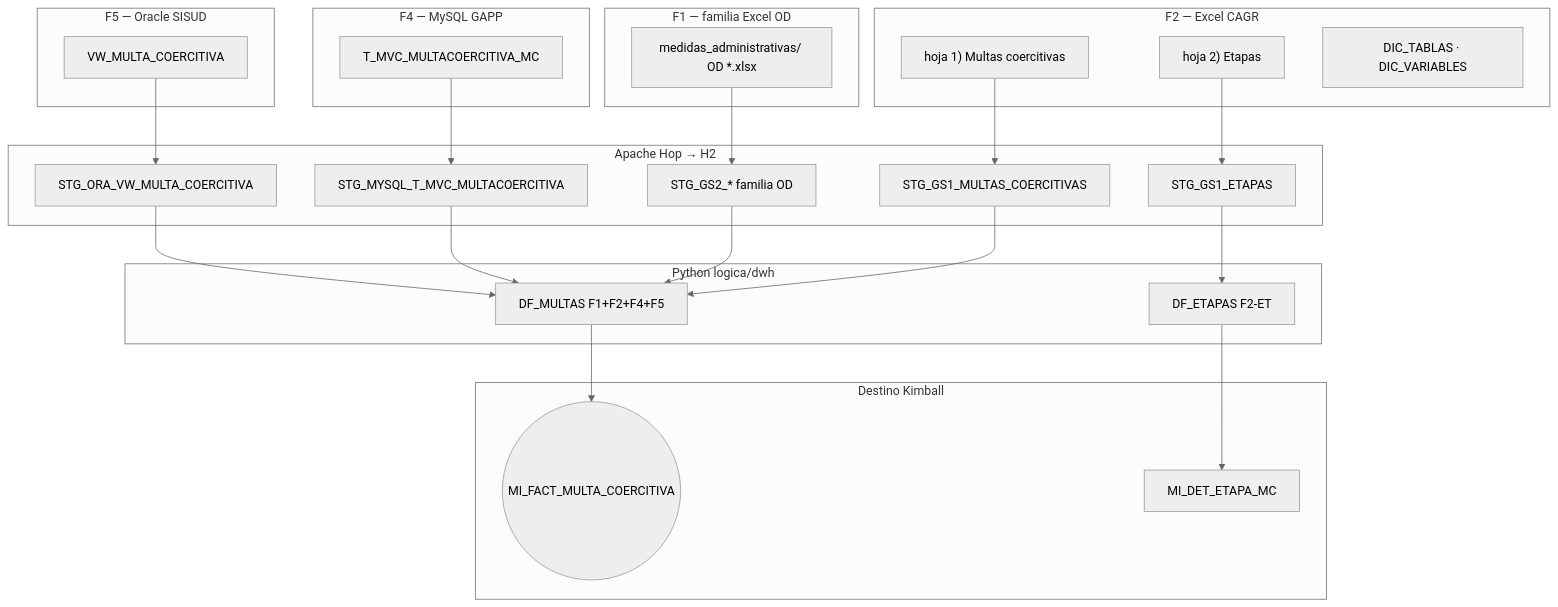
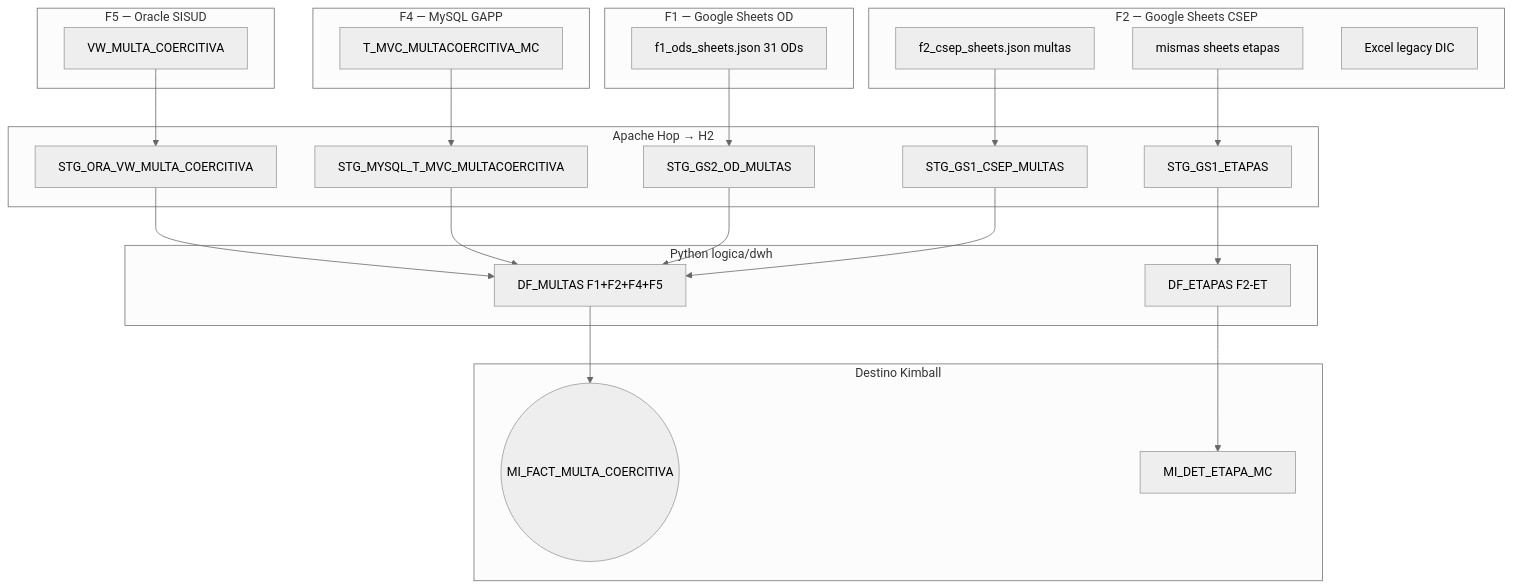
The first of 3 diagrams in docs/adjuntos/modelo-kimball.md (nwodevops/multa_informes_etl), drawn with Mermaid (neutral theme) before and after one commit. The commit also changed other lines of this file and 30 other files, not shown here.

First line of the commit message:
feat(f2): load 10 CSEP Google Sheets and align input docs.

````diff
--- a/docs/adjuntos/modelo-kimball.md
+++ b/docs/adjuntos/modelo-kimball.md
@@ -16,39 +16,39 @@
 ```mermaid
 flowchart TB
-  subgraph F1 [F1 — familia Excel OD]
-    X1["medidas_administrativas/ OD *.xlsx"]
+  subgraph F1 [F1 — Google Sheets OD]
+    X1["f1_ods_sheets.json 31 ODs"]
   end
-  subgraph F2 [F2 — Excel CAGR]
-    X2M["hoja 1) Multas coercitivas"]
-    X2E["hoja 2) Etapas"]
-    X2D["DIC_TABLAS · DIC_VARIABLES"]
+  subgraph F2 [F2 — Google Sheets CSEP]
+    X2M["f2_csep_sheets.json multas"]
+    X2E["mismas sheets etapas"]
+    X2D["Excel legacy DIC"]
   end
   subgraph F4 [F4 — MySQL GAPP]
     M4["T_MVC_MULTACOERCITIVA_MC"]
   end
   subgraph F5 [F5 — Oracle SISUD]
     O5["VW_MULTA_COERCITIVA"]
   end
   subgraph hop [Apache Hop → H2]
-    S2["STG_GS2_* familia OD"]
-    S1["STG_GS1_MULTAS_COERCITIVAS"]
+    S2["STG_GS2_OD_MULTAS"]
+    S1["STG_GS1_CSEP_MULTAS"]
     SE["STG_GS1_ETAPAS"]
     SM["STG_MYSQL_T_MVC_MULTACOERCITIVA"]
     SV["STG_ORA_VW_MULTA_COERCITIVA"]
   end
   subgraph python [Python logica/dwh]
     DF_M["DF_MULTAS F1+F2+F4+F5"]
     DF_E["DF_ETAPAS F2-ET"]
   end
   subgraph destino [Destino Kimball]
     FMC(("MI_FACT_MULTA_COERCITIVA"))
     DET["MI_DET_ETAPA_MC"]
   end
   X1 --> S2 --> DF_M
   X2M --> S1 --> DF_M
   X2E --> SE --> DF_E
   M4 --> SM --> DF_M
   O5 --> SV --> DF_M
   DF_M --> FMC
   DF_E --> DET
 ```
````
